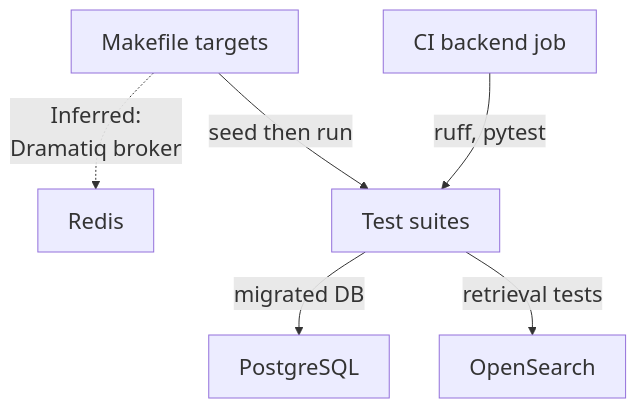
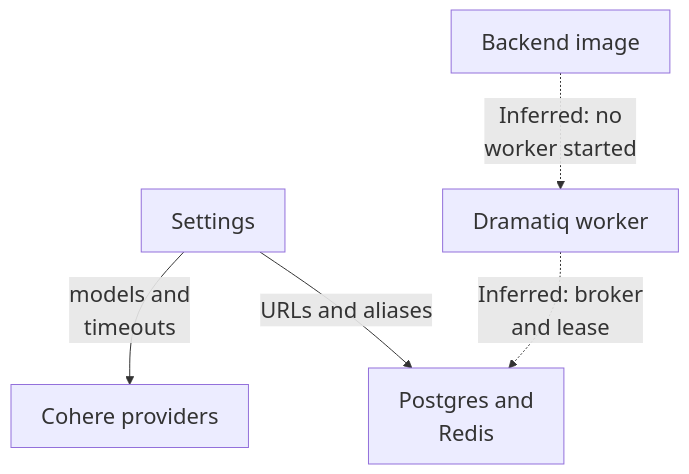
One commit to Justin-Mendoza/Afterclass changed the fifth of 5 diagrams in maps/foundation/README.md. Above: the diagram before and after it, drawn with Mermaid. The commit also changed other lines of this file and 88 other files, not shown here.

````diff
--- a/maps/foundation/README.md
+++ b/maps/foundation/README.md
@@ -177,15 +205,13 @@
 ```mermaid
 %%{init: {"themeVariables": {"fontSize": "22px"}}}%%
 flowchart TD
-  n0["Makefile targets"]
-  n1["CI backend job"]
-  n2["PostgreSQL"]
-  n3["OpenSearch"]
-  n4["Redis"]
-  n5["Test suites"]
-  n0 -->|"seed then run"| n5
-  n1 -->|"ruff, pytest"| n5
-  n5 -->|"migrated DB"| n2
-  n5 -->|"retrieval tests"| n3
-  n0 -.->|"Inferred:<br/>Dramatiq broker"| n4
+  n0["Settings"]
+  n1["Cohere providers"]
+  n2["Postgres and<br/>Redis"]
+  n3["Dramatiq worker"]
+  n4["Backend image"]
+  n0 -->|"models and<br/>timeouts"| n1
+  n0 -->|"URLs and aliases"| n2
+  n4 -.->|"Inferred: no<br/>worker started"| n3
+  n3 -.->|"Inferred: broker<br/>and lease"| n2
 ```
````
